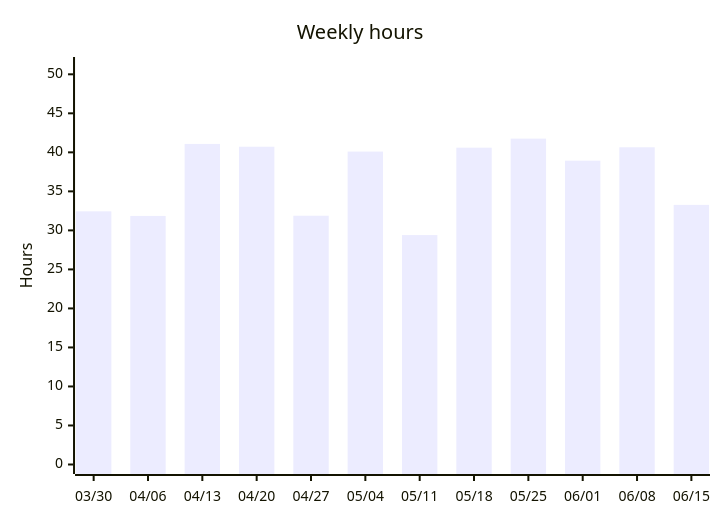
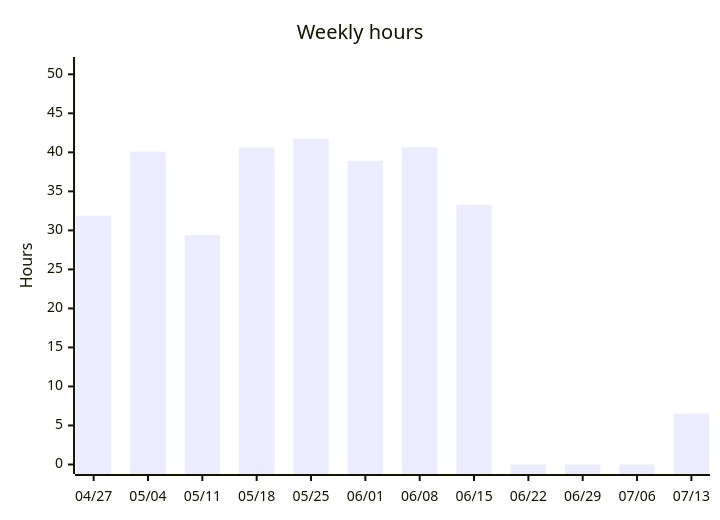
One commit to albinforsberg-netizen/timeclock changed the third of 5 diagrams in README.org. Above: the diagram before and after it, drawn with Mermaid. The commit also changed other lines of this file, not shown here.

```diff
--- a/README.org
+++ b/README.org
@@ -103,7 +103,7 @@
 #+begin_src mermaid
 xychart-beta
     title "Weekly hours"
-    x-axis ["03/30", "04/06", "04/13", "04/20", "04/27", "05/04", "05/11", "05/18", "05/25", "06/01", "06/08", "06/15"]
+    x-axis ["04/27", "05/04", "05/11", "05/18", "05/25", "06/01", "06/08", "06/15", "06/22", "06/29", "07/06", "07/13"]
     y-axis "Hours" 0 --> 51
-    bar [32.44, 31.85, 41.08, 40.72, 31.88, 40.10, 29.40, 40.60, 41.76, 38.93, 40.65, 33.27]
+    bar [31.88, 40.10, 29.40, 40.60, 41.76, 38.93, 40.65, 33.27, 0.00, 0.00, 0.00, 6.52]
 #+end_src
```
